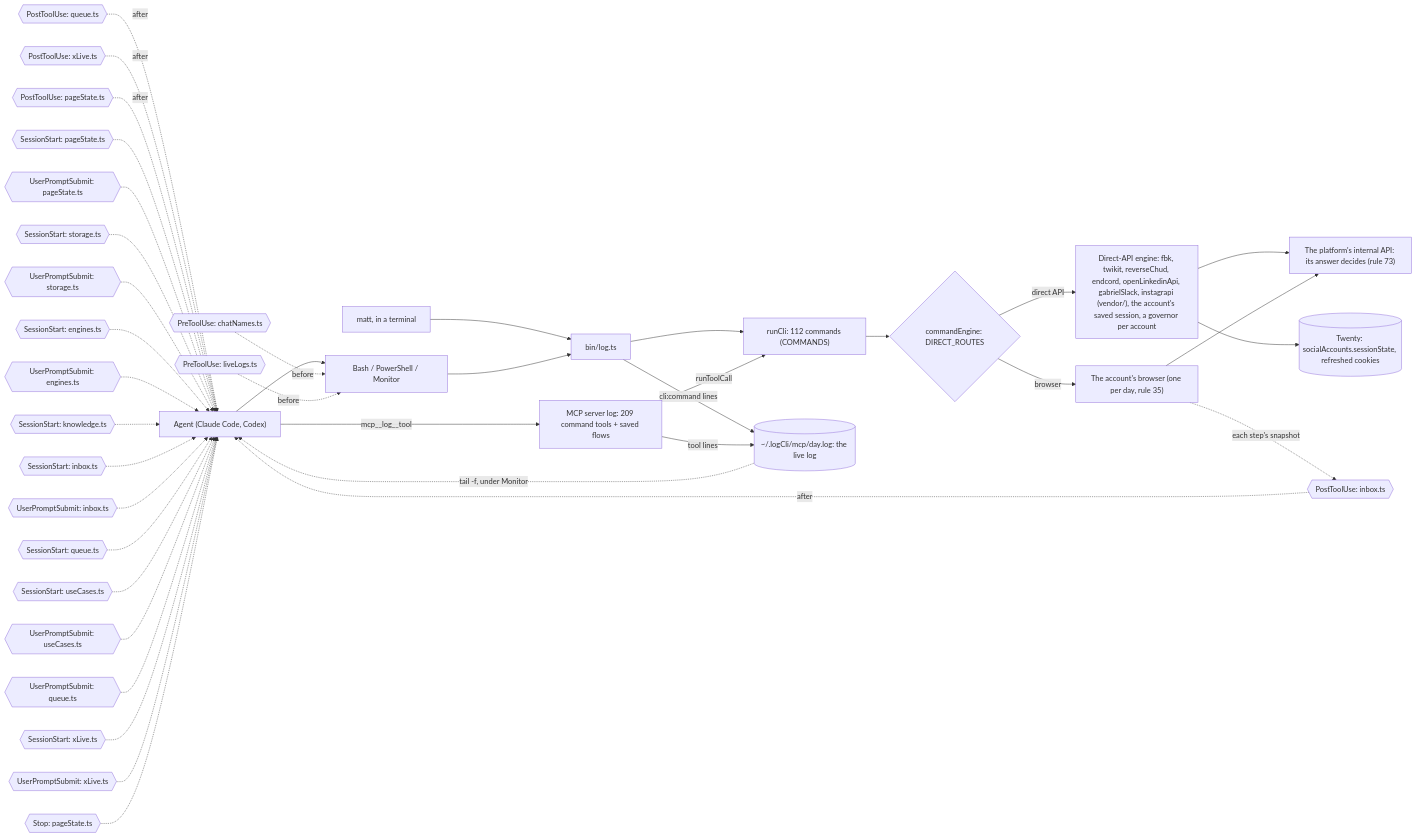
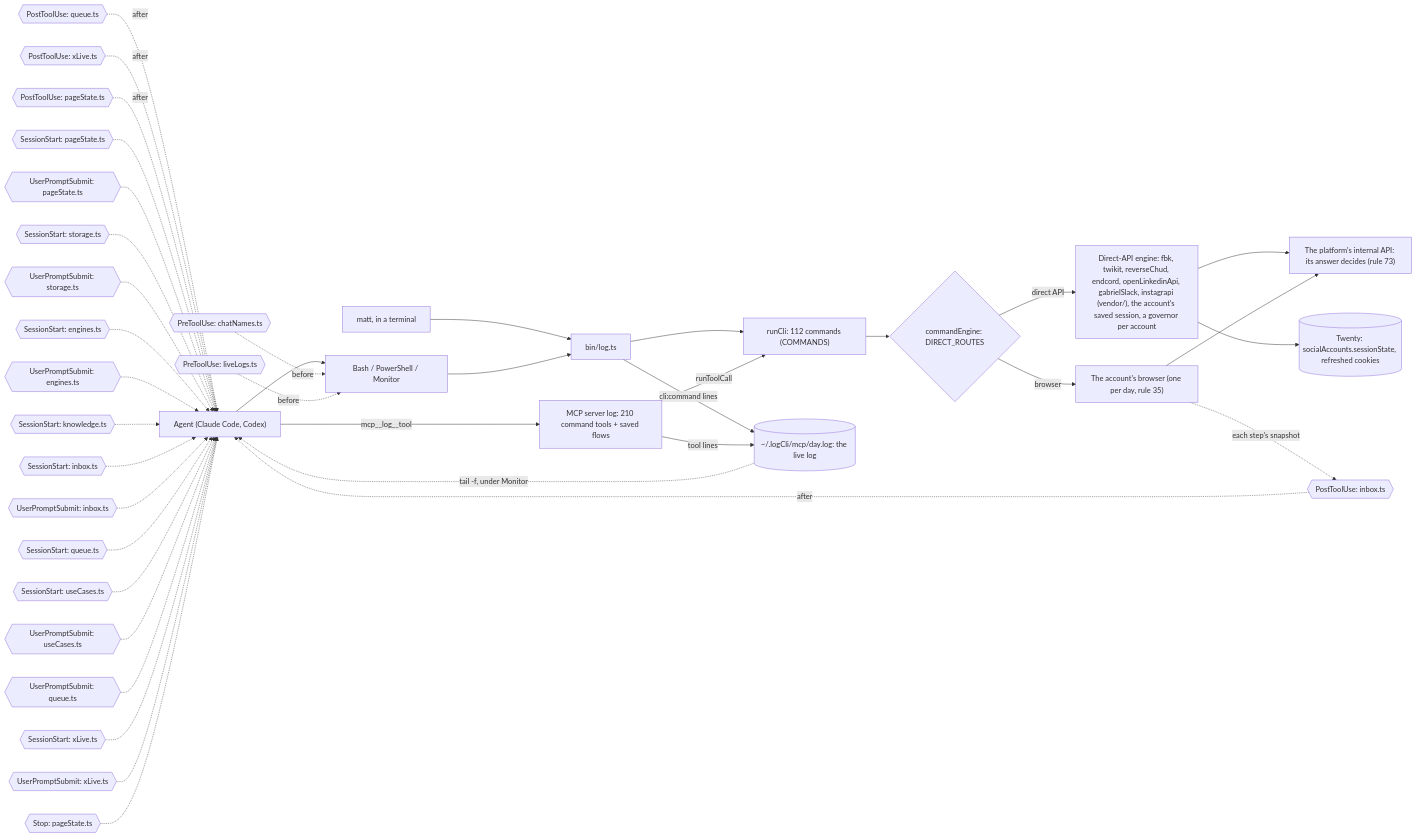
One commit to matthewdonsemail-lab/log changed the diagram in docs/diagrams/surface.mmd. Above: the diagram before and after it, drawn with Mermaid. The commit also changed 69 other files, not shown here.

```diff
--- a/docs/diagrams/surface.mmd
+++ b/docs/diagrams/surface.mmd
@@ -1,53 +1,53 @@
 %% How a call reaches log-cli. From a shell or over MCP, both run the same commands through `runCli`, write the same live log, and pass through the same hooks. `commandEngine` sends each command to the platform's direct API or to the account's browser.
 %% Written by `bun run docs:build` from the code (rule 56). Not edited by hand.
 flowchart LR
   agent["Agent (Claude Code, Codex)"]
   matt["matt, in a terminal"]
   shell["Bash / PowerShell / Monitor"]
-  mcp["MCP server log: 209 command tools + saved flows"]
+  mcp["MCP server log: 210 command tools + saved flows"]
   bin["bin/log.ts"]
   runCli["runCli: 112 commands (COMMANDS)"]
   live[("~/.logCli/mcp/day.log: the live log")]
   engine{"commandEngine: DIRECT_ROUTES"}
   direct["Direct-API engine: fbk, twikit, reverseChud, endcord, openLinkedinApi, gabrielSlack, instagrapi (vendor/), the account's saved session, a governor per account"]
   browser["The account's browser (one per day, rule 35)"]
   api["The platform's internal API: its answer decides (rule 73)"]
   twenty[("Twenty: socialAccounts.sessionState, refreshed cookies")]
   agent --> shell
   matt --> bin
   shell --> bin
   agent -->|mcp__log__tool| mcp
   bin --> runCli
   mcp -->|runToolCall| runCli
   runCli --> engine
   engine -->|direct API| direct
   engine -->|browser| browser
   direct --> api
   browser --> api
   direct --> twenty
   bin -->|cli:command lines| live
   mcp -->|tool lines| live
   live -.->|tail -f, under Monitor| agent
   pre0{{"PreToolUse: chatNames.ts"}} -.->|before| shell
   pre1{{"PreToolUse: liveLogs.ts"}} -.->|before| shell
   post0{{"PostToolUse: inbox.ts"}} -.->|after| agent
   post1{{"PostToolUse: queue.ts"}} -.->|after| agent
   post2{{"PostToolUse: xLive.ts"}} -.->|after| agent
   post3{{"PostToolUse: pageState.ts"}} -.->|after| agent
   turn0{{"SessionStart: pageState.ts"}} -.-> agent
   turn1{{"UserPromptSubmit: pageState.ts"}} -.-> agent
   turn2{{"SessionStart: storage.ts"}} -.-> agent
   turn3{{"UserPromptSubmit: storage.ts"}} -.-> agent
   turn4{{"SessionStart: engines.ts"}} -.-> agent
   turn5{{"UserPromptSubmit: engines.ts"}} -.-> agent
   turn6{{"SessionStart: knowledge.ts"}} -.-> agent
   turn7{{"SessionStart: inbox.ts"}} -.-> agent
   turn8{{"UserPromptSubmit: inbox.ts"}} -.-> agent
   turn9{{"SessionStart: queue.ts"}} -.-> agent
   turn10{{"SessionStart: useCases.ts"}} -.-> agent
   turn11{{"UserPromptSubmit: useCases.ts"}} -.-> agent
   turn12{{"UserPromptSubmit: queue.ts"}} -.-> agent
   turn13{{"SessionStart: xLive.ts"}} -.-> agent
   turn14{{"UserPromptSubmit: xLive.ts"}} -.-> agent
   turn15{{"Stop: pageState.ts"}} -.-> agent
   browser -.->|each step's snapshot| post0
```
